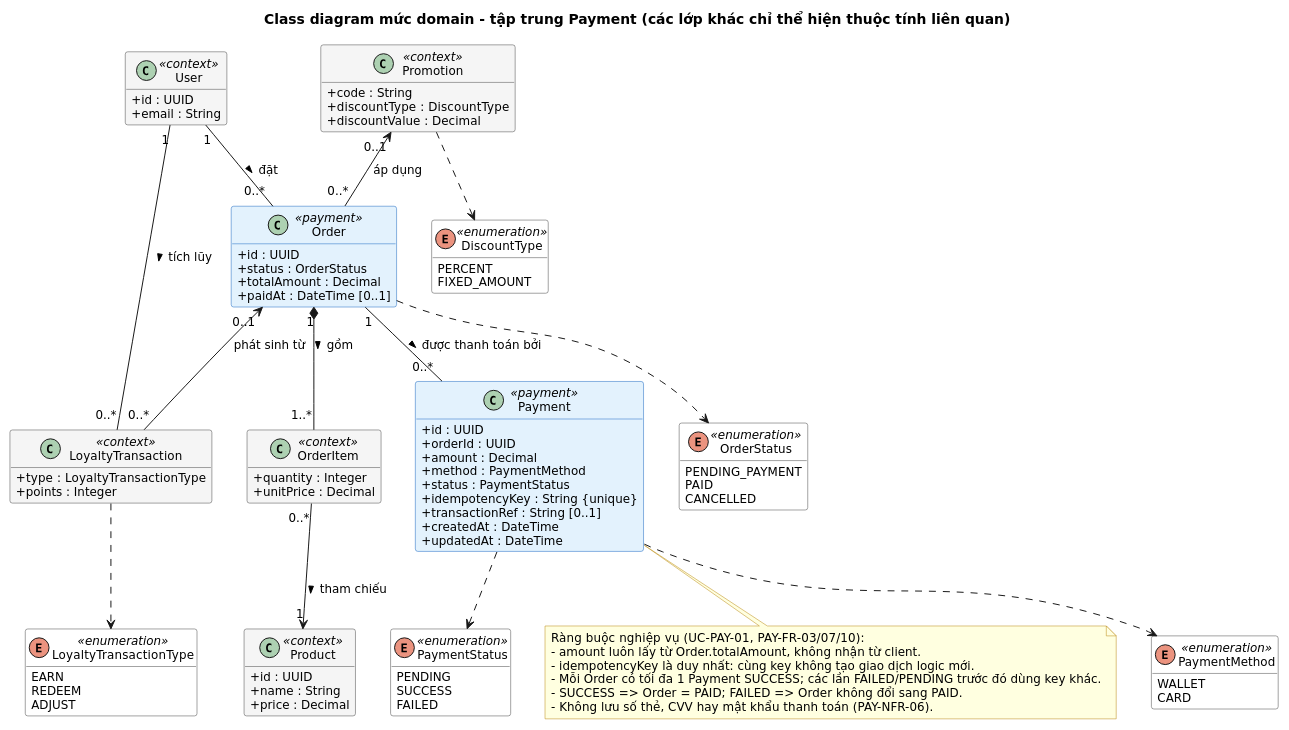
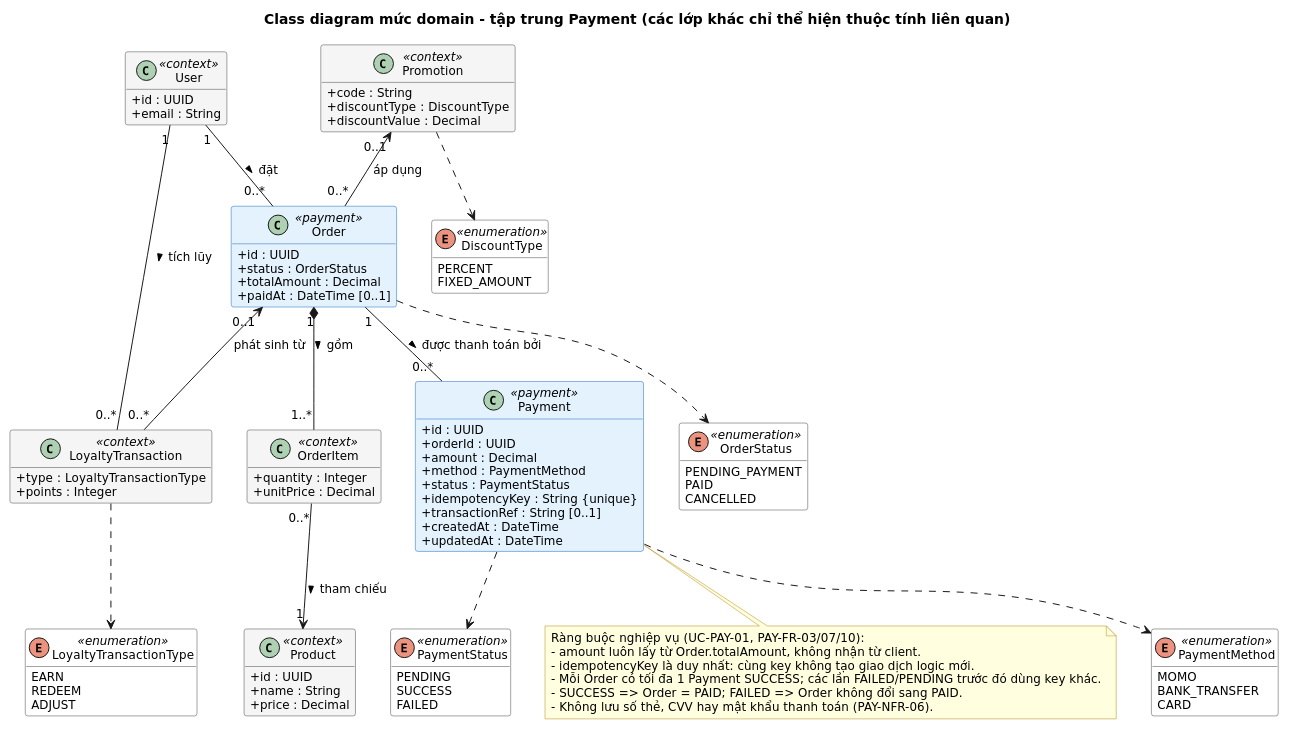
One commit to supergigachadsupreme300/brewlite2 changed the diagram in docs/diagrams/payment/class-domain.puml. Above: the diagram before and after it, drawn with PlantUML. The commit also changed 12 other files, not shown here.

Commit message:
docs: align payment methods in diagrams

```diff
--- a/docs/diagrams/payment/class-domain.puml
+++ b/docs/diagrams/payment/class-domain.puml
@@ -1,115 +1,116 @@
 @startuml class-domain
 title Class diagram mức domain – tập trung Payment (các lớp khác chỉ thể hiện thuộc tính liên quan)
 
 skinparam defaultFontName "DejaVu Sans"
 skinparam defaultFontSize 12
 skinparam shadowing false
 skinparam classAttributeIconSize 0
 skinparam ClassBackgroundColor #FFFFFF
 skinparam ClassBorderColor #444444
 skinparam class {
   BackgroundColor<<payment>> #E3F2FD
   BorderColor<<payment>> #1565C0
   BackgroundColor<<context>> #F5F5F5
 }
 skinparam NoteBackgroundColor #FFFFE0
 skinparam NoteBorderColor #B8860B
 hide empty methods
 
 enum PaymentMethod <<enumeration>> {
-  WALLET
+  MOMO
+  BANK_TRANSFER
   CARD
 }
 
 enum PaymentStatus <<enumeration>> {
   PENDING
   SUCCESS
   FAILED
 }
 
 enum OrderStatus <<enumeration>> {
   PENDING_PAYMENT
   PAID
   CANCELLED
 }
 
 enum DiscountType <<enumeration>> {
   PERCENT
   FIXED_AMOUNT
 }
 
 enum LoyaltyTransactionType <<enumeration>> {
   EARN
   REDEEM
   ADJUST
 }
 
 class Payment <<payment>> {
   +id : UUID
   +orderId : UUID
   +amount : Decimal
   +method : PaymentMethod
   +status : PaymentStatus
   +idempotencyKey : String {unique}
   +transactionRef : String [0..1]
   +createdAt : DateTime
   +updatedAt : DateTime
 }
 
 class Order <<payment>> {
   +id : UUID
   +status : OrderStatus
   +totalAmount : Decimal
   +paidAt : DateTime [0..1]
 }
 
 class User <<context>> {
   +id : UUID
   +email : String
 }
 
 class OrderItem <<context>> {
   +quantity : Integer
   +unitPrice : Decimal
 }
 
 class Product <<context>> {
   +id : UUID
   +name : String
   +price : Decimal
 }
 
 class Promotion <<context>> {
   +code : String
   +discountType : DiscountType
   +discountValue : Decimal
 }
 
 class LoyaltyTransaction <<context>> {
   +type : LoyaltyTransactionType
   +points : Integer
 }
 
 Order "1" -- "0..*" Payment : được thanh toán bởi >
 User "1" -- "0..*" Order : đặt >
 Order "1" *-- "1..*" OrderItem : gồm >
 OrderItem "0..*" --> "1" Product : tham chiếu >
 Promotion "0..1" <-- "0..*" Order : áp dụng
 User "1" -- "0..*" LoyaltyTransaction : tích lũy >
 Order "0..1" <-- "0..*" LoyaltyTransaction : phát sinh từ
 
 Payment ..> PaymentMethod
 Payment ..> PaymentStatus
 Order ..> OrderStatus
 Promotion ..> DiscountType
 LoyaltyTransaction ..> LoyaltyTransactionType
 
 note bottom of Payment
   Ràng buộc nghiệp vụ (UC-PAY-01, PAY-FR-03/07/10):
   - amount luôn lấy từ Order.totalAmount, không nhận từ client.
   - idempotencyKey là duy nhất: cùng key không tạo giao dịch logic mới.
   - Mỗi Order có tối đa 1 Payment SUCCESS; các lần FAILED/PENDING trước đó dùng key khác.
   - SUCCESS => Order = PAID; FAILED => Order không đổi sang PAID.
   - Không lưu số thẻ, CVV hay mật khẩu thanh toán (PAY-NFR-06).
 end note
 @enduml
```
